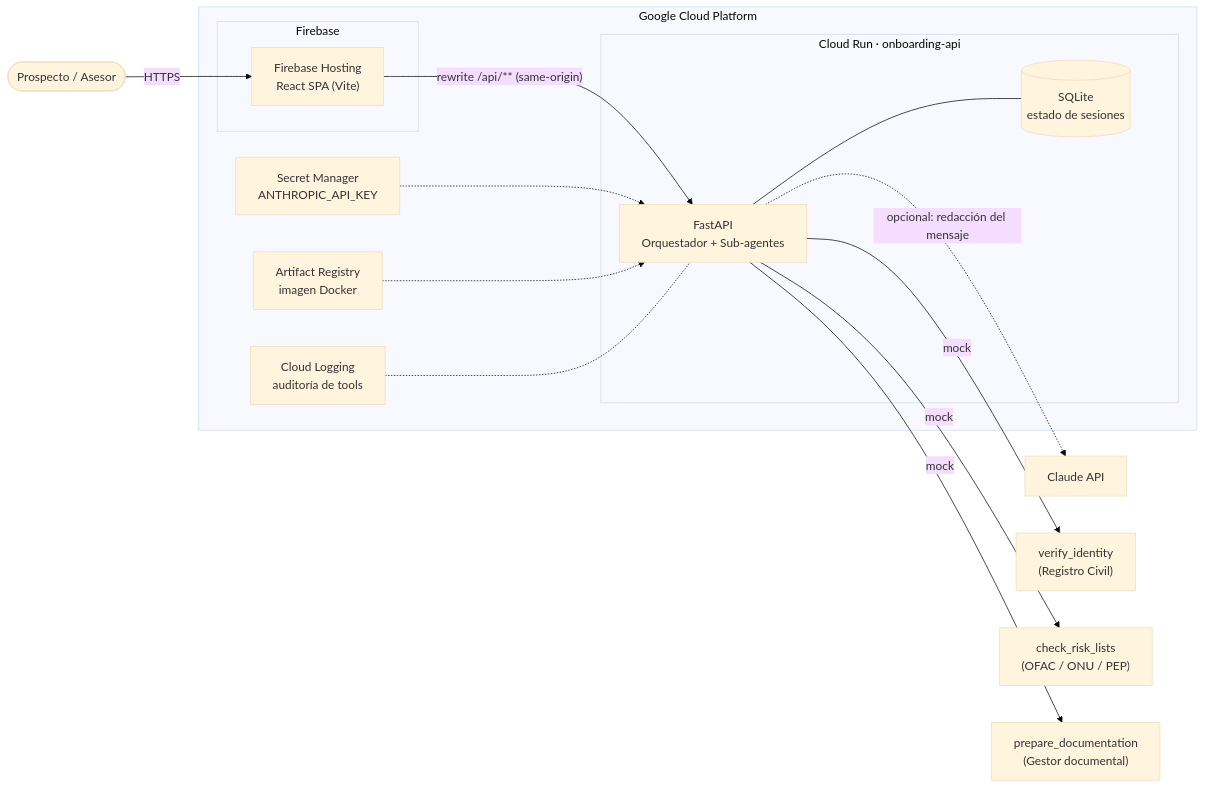
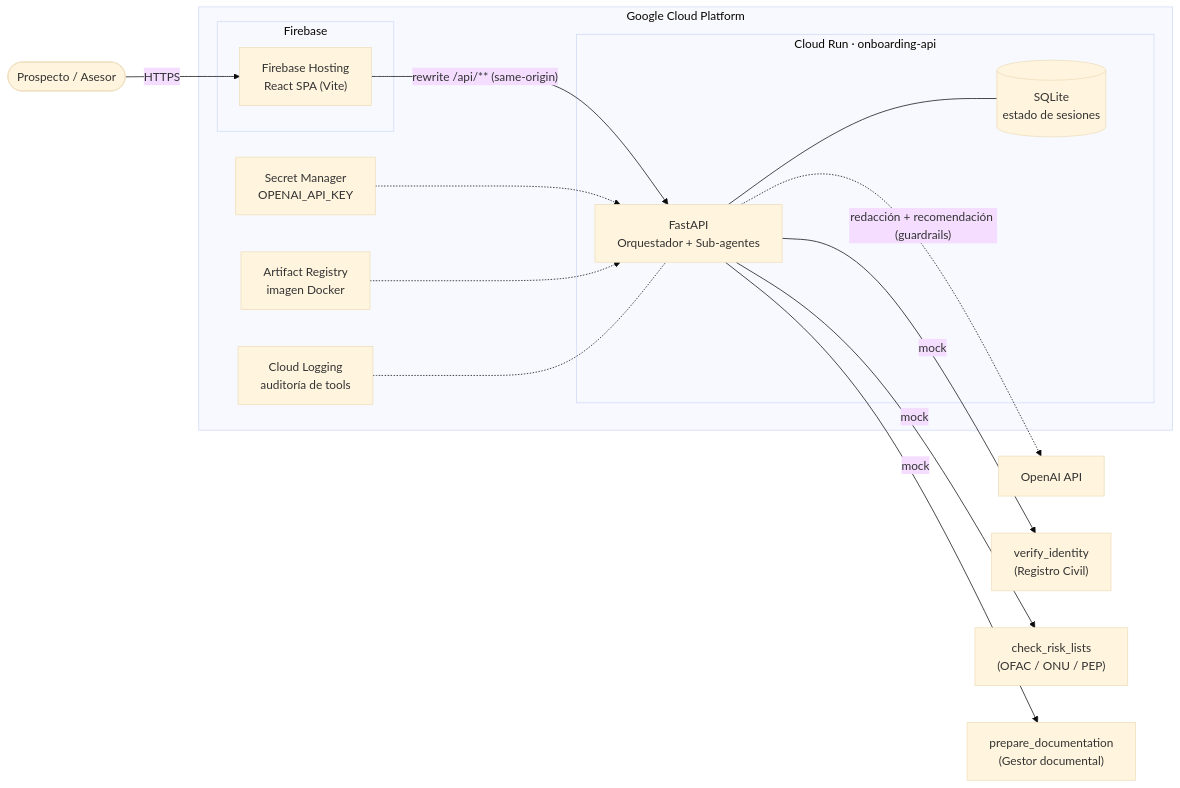
One commit to IGRA27/banco-pichincha changed the first of 5 diagrams in docs/ARCHITECTURE.md. Above: the diagram before and after it, drawn with Mermaid (base theme). The commit also changed other lines of this file and 18 other files, not shown here.

First line of the commit message:
feat(security): LLM OpenAI con guardrails en capas y human-in-the-loop

````diff
--- a/docs/ARCHITECTURE.md
+++ b/docs/ARCHITECTURE.md
@@ -5,24 +5,24 @@
 ```mermaid
 flowchart LR
     U([Prospecto / Asesor]) -->|HTTPS| FH
 
     subgraph GCP["Google Cloud Platform"]
         subgraph FB["Firebase"]
             FH["Firebase Hosting<br/>React SPA (Vite)"]
         end
         FH -->|"rewrite /api/** (same-origin)"| CR
         subgraph CRS["Cloud Run · onboarding-api"]
             CR["FastAPI<br/>Orquestador + Sub-agentes"]
             DB[("SQLite<br/>estado de sesiones")]
             CR --- DB
         end
-        SM["Secret Manager<br/>ANTHROPIC_API_KEY"] -.-> CR
+        SM["Secret Manager<br/>OPENAI_API_KEY"] -.-> CR
         AR["Artifact Registry<br/>imagen Docker"] -.-> CR
         CL["Cloud Logging<br/>auditoría de tools"] <-.- CR
     end
 
-    CR -.->|"opcional: redacción del mensaje"| LLM["Claude API"]
+    CR -.->|"redacción + recomendación (guardrails)"| LLM["OpenAI API"]
     CR -->|mock| T1["verify_identity<br/>(Registro Civil)"]
     CR -->|mock| T2["check_risk_lists<br/>(OFAC / ONU / PEP)"]
     CR -->|mock| T3["prepare_documentation<br/>(Gestor documental)"]
 ```
````
